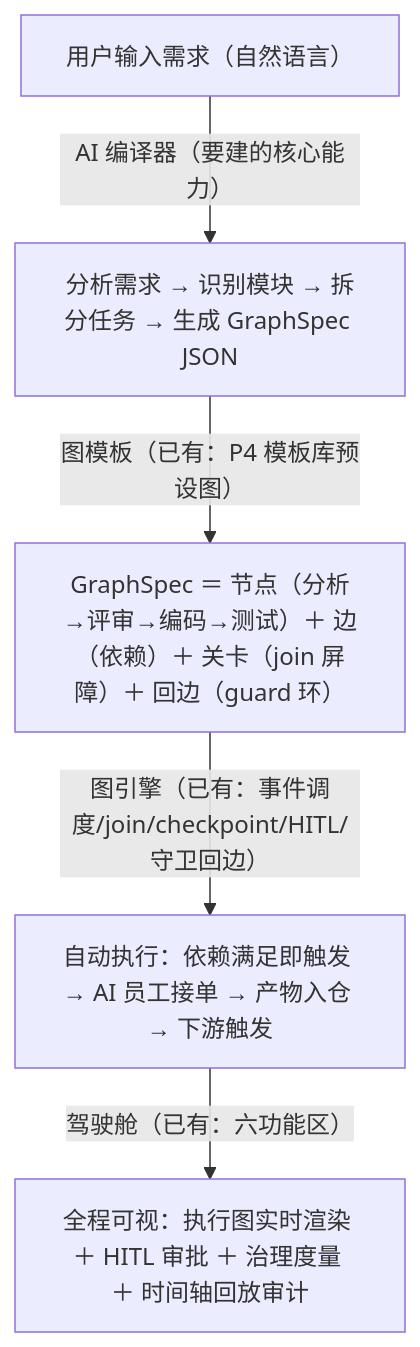
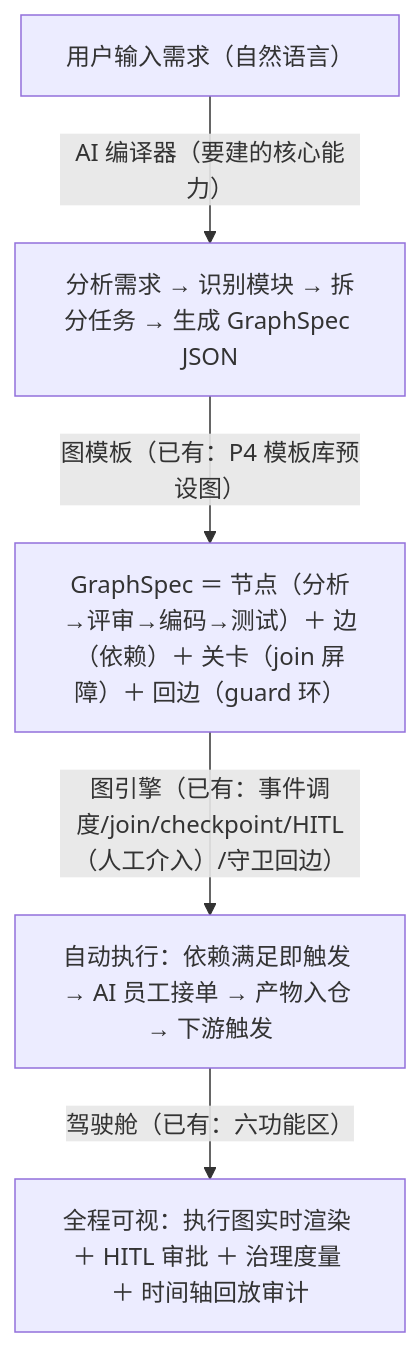
One commit to issac-new/SwarmStudio changed the second of 4 diagrams in docs/superpowers/specs/2026-10-05-mux-v8-fullflow-plan.md. Above: the diagram before and after it, drawn with Mermaid. The commit also changed other lines of this file, not shown here.

Commit message:
docs(plan): 缩略语首现释义补齐——导读词表十二词扩为十四词（ISSUE/DISP 行、AC、UAT 前载定义）+正文八处首现括注（ACP/SLA/RACI/AN- 前缀/WIP/PART1/BFF/HITL）

````diff
--- a/docs/superpowers/specs/2026-10-05-mux-v8-fullflow-plan.md
+++ b/docs/superpowers/specs/2026-10-05-mux-v8-fullflow-plan.md
@@ -92,7 +95,7 @@
 ```mermaid
 flowchart TB
     REQ["用户输入需求（自然语言）"] -->|"AI 编译器（要建的核心能力）"| GEN["分析需求 → 识别模块 → 拆分任务 → 生成 GraphSpec JSON"]
     GEN -->|"图模板（已有：P4 模板库预设图）"| SPEC["GraphSpec ＝ 节点（分析→评审→编码→测试）＋ 边（依赖）＋ 关卡（join 屏障）＋ 回边（guard 环）"]
-    SPEC -->|"图引擎（已有：事件调度/join/checkpoint/HITL/守卫回边）"| RUN["自动执行：依赖满足即触发 → AI 员工接单 → 产物入仓 → 下游触发"]
+    SPEC -->|"图引擎（已有：事件调度/join/checkpoint/HITL（人工介入）/守卫回边）"| RUN["自动执行：依赖满足即触发 → AI 员工接单 → 产物入仓 → 下游触发"]
     RUN -->|"驾驶舱（已有：六功能区）"| VIS["全程可视：执行图实时渲染 ＋ HITL 审批 ＋ 治理度量 ＋ 时间轴回放审计"]
 ```
````
